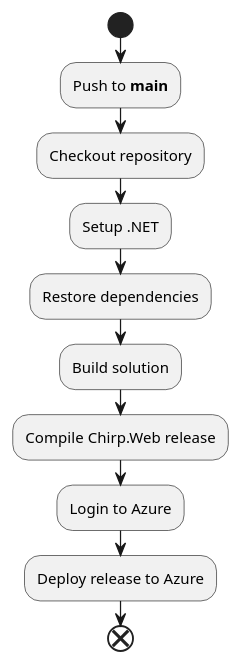
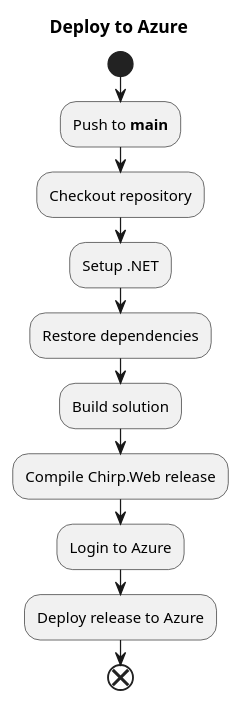
Before and after one commit to ITU-BDSA2024-GROUP14/Chirp: diagram 11 of 14 in docs/report.md, drawn with PlantUML. The commit also changed other lines of this file, not shown here.

Commit message:
Add plantuml titles

````diff
--- a/docs/report.md
+++ b/docs/report.md
@@ -388,16 +399,19 @@
 ```plantuml
 
 @startuml
+
+title Deploy to Azure
+
 start
 :Push to **main**;
 :Checkout repository;
 :Setup .NET;
 :Restore dependencies;
 :Build solution;
 :Compile Chirp.Web release;
 :Login to Azure;
 :Deploy release to Azure;
 end
 @enduml
 
 ```
````
